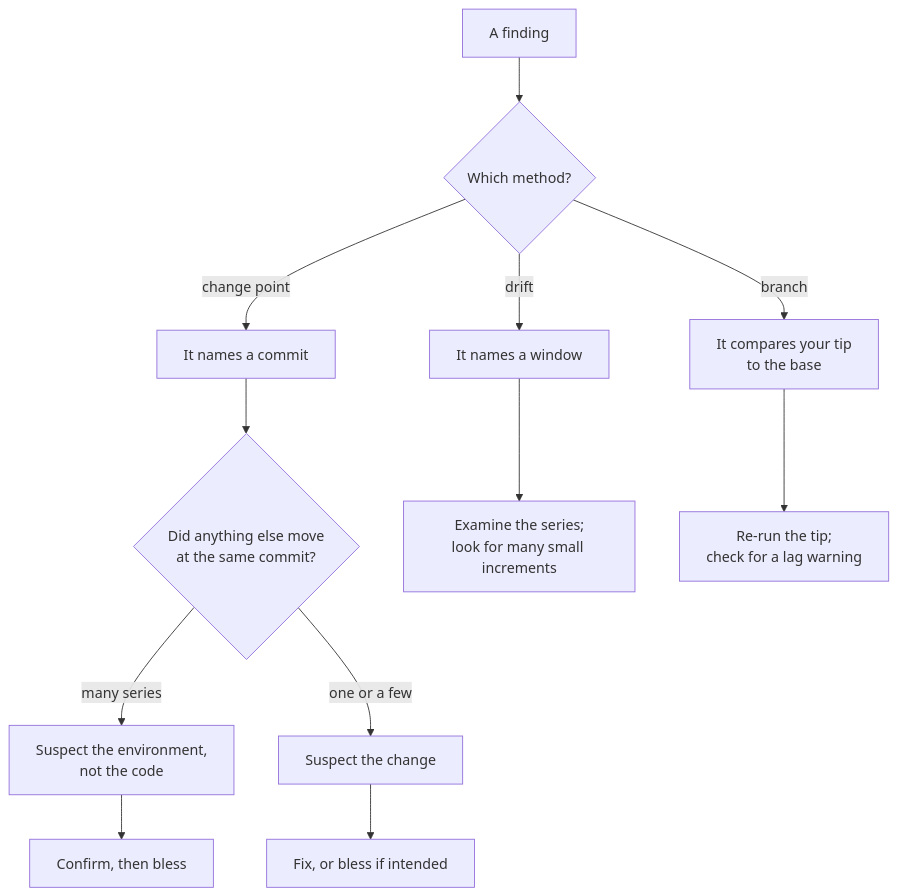
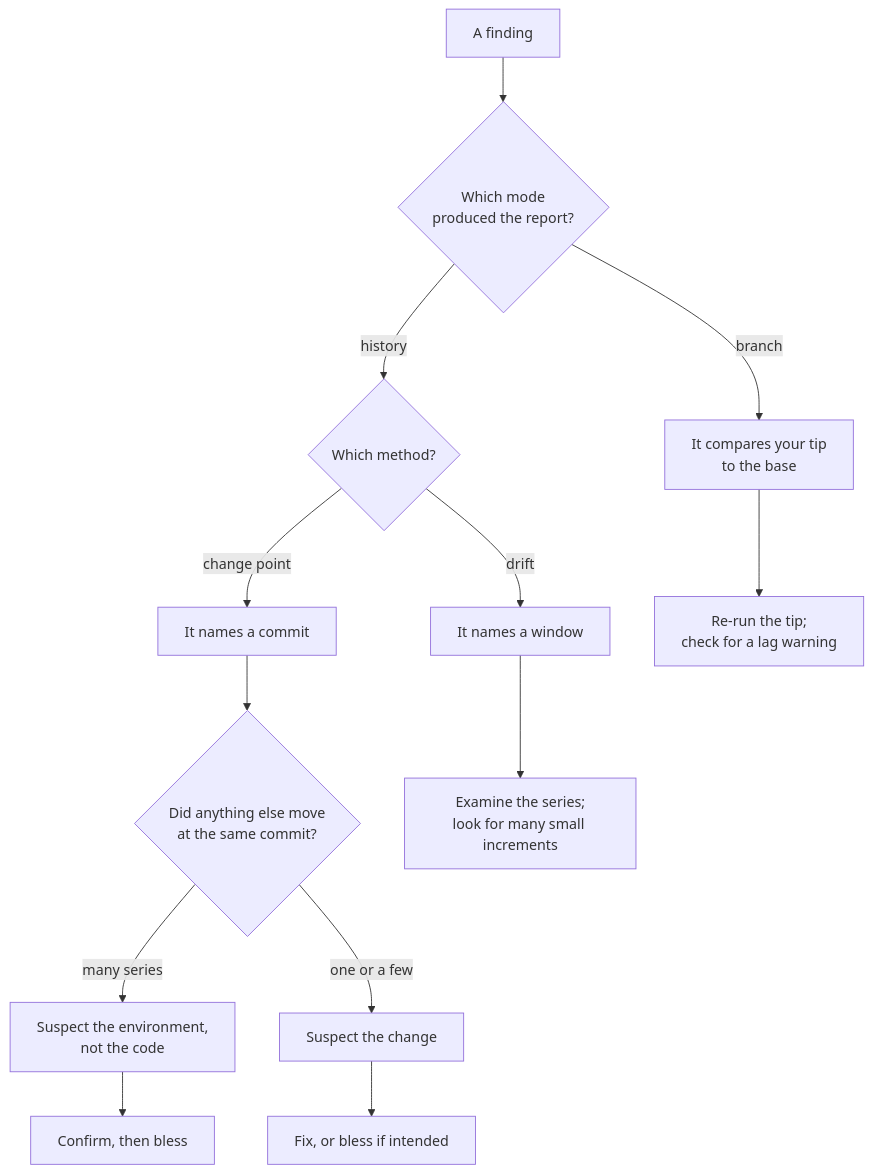
One commit to folo-rs/folo changed the diagram in packages/cargo-bench-history/book/src/appendix/insights.md. Above: the diagram before and after it, drawn with Mermaid. The commit also changed other lines of this file and 19 other files, not shown here.

````diff
--- a/packages/cargo-bench-history/book/src/appendix/insights.md
+++ b/packages/cargo-bench-history/book/src/appendix/insights.md
@@ -14,14 +14,15 @@
 ```mermaid
 flowchart TD
-    F["A finding"] --> Q1{"Which method?"}
+    F["A finding"] --> Q0{"Which mode<br/>produced the report?"}
+    Q0 -->|"branch"| BR["It compares your tip<br/>to the base"]
+    Q0 -->|"history"| Q1{"Which method?"}
     Q1 -->|"change point"| CP["It names a commit"]
     Q1 -->|"drift"| DR["It names a window"]
-    Q1 -->|"branch"| BR["It compares your tip<br/>to the base"]
     CP --> Q2{"Did anything else move<br/>at the same commit?"}
     Q2 -->|"many series"| INFRA["Suspect the environment,<br/>not the code"]
     Q2 -->|"one or a few"| CODE["Suspect the change"]
     INFRA --> ACC["Confirm, then bless"]
     CODE --> FIX["Fix, or bless if intended"]
     DR --> WIN["Examine the series;<br/>look for many small increments"]
     BR --> TIP["Re-run the tip;<br/>check for a lag warning"]
 ```
````
